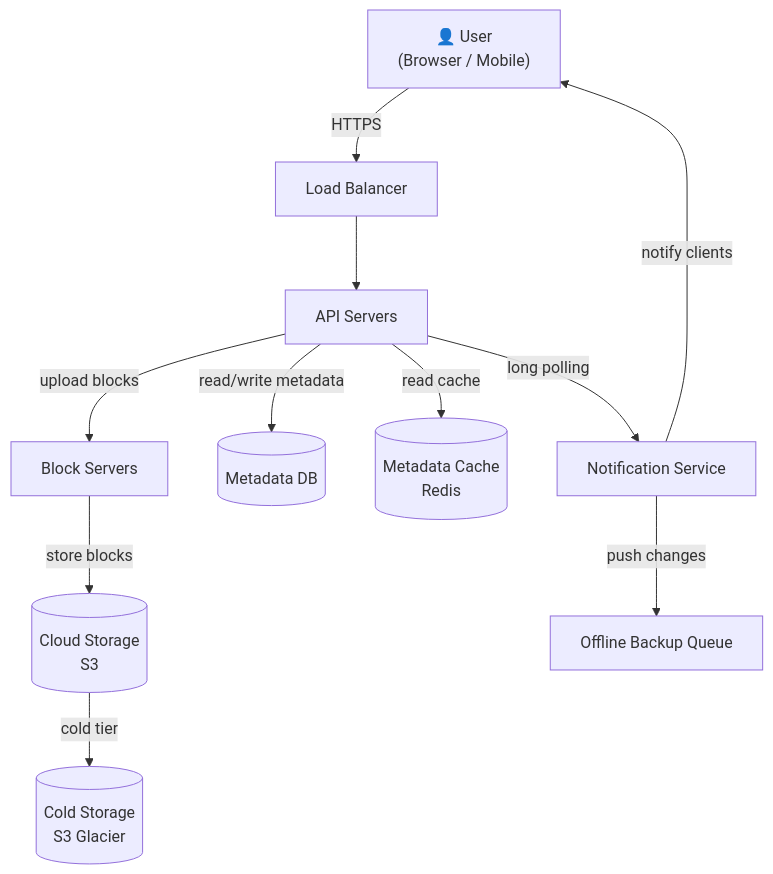
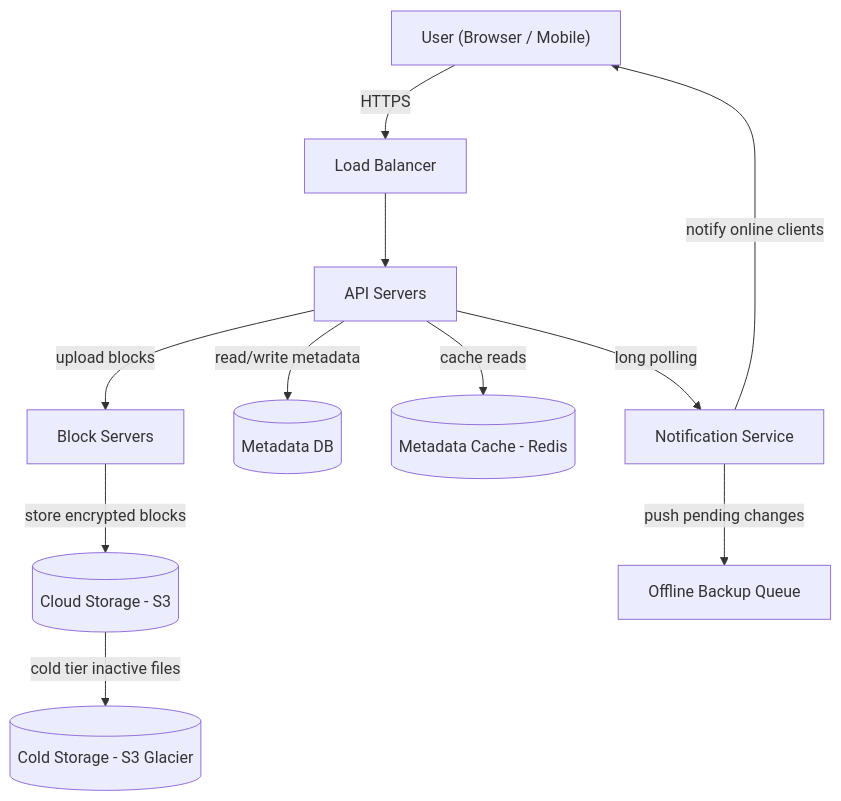
The seventh of 16 diagrams in google-drive-system-design.md (Arnavjain1703/HLD), drawn with Mermaid before and after one commit. The commit also changed other lines of this file, not shown here.

````diff
--- a/google-drive-system-design.md
+++ b/google-drive-system-design.md
@@ -203,24 +216,24 @@
 ```mermaid
 graph TD
-    user["👤 User\n(Browser / Mobile)"]
-    lb[Load Balancer]
-    api[API Servers]
-    bs[Block Servers]
-    cs[(Cloud Storage\nS3)]
-    cold[(Cold Storage\nS3 Glacier)]
-    mdb[(Metadata DB)]
-    mc[(Metadata Cache\nRedis)]
-    ns[Notification Service]
-    obq[Offline Backup Queue]
+    user["User (Browser / Mobile)"]
+    lb["Load Balancer"]
+    api["API Servers"]
+    bs["Block Servers"]
+    cs[("Cloud Storage - S3")]
+    cold[("Cold Storage - S3 Glacier")]
+    mdb[("Metadata DB")]
+    mc[("Metadata Cache - Redis")]
+    ns["Notification Service"]
+    obq["Offline Backup Queue"]
 
-    user -->|HTTPS| lb
+    user -->|"HTTPS"| lb
     lb --> api
-    api -->|upload blocks| bs
-    api -->|read/write metadata| mdb
-    api -->|read cache| mc
-    api -->|long polling| ns
-    bs -->|store blocks| cs
-    cs -->|cold tier| cold
-    ns -->|push changes| obq
-    ns -->|notify clients| user
+    api -->|"upload blocks"| bs
+    api -->|"read/write metadata"| mdb
+    api -->|"cache reads"| mc
+    api -->|"long polling"| ns
+    bs -->|"store encrypted blocks"| cs
+    cs -->|"cold tier inactive files"| cold
+    ns -->|"push pending changes"| obq
+    ns -->|"notify online clients"| user
 ```
````
